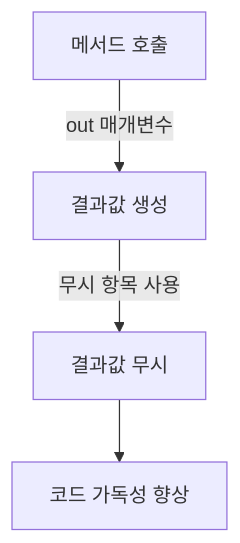
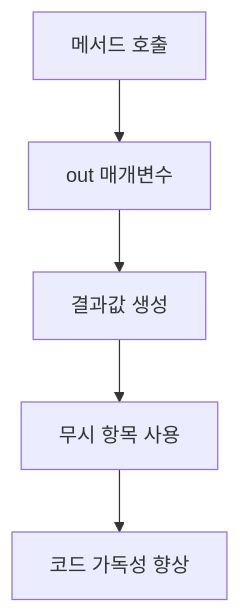
The seventh of 7 diagrams in content/post/2024/2024-10-16-csharp-discards/index.md (42jerrykim/42jerrykim.github.io), drawn with Mermaid before and after one commit. The commit also changed other lines of this file and 239 other files, not shown here.

````diff
--- a/content/post/2024/2024-10-16-csharp-discards/index.md
+++ b/content/post/2024/2024-10-16-csharp-discards/index.md
@@ -677,6 +435,12 @@
 ```mermaid
-graph TD;
-    A[메서드 호출] -->|out 매개변수| B[결과값 생성]
-    B -->|무시 항목 사용| C[결과값 무시]
-    C --> D[코드 가독성 향상]
+graph TD
+    MethodCall["메서드 호출"]
+    OutParam["out 매개변수"]
+    ResultCreated["결과값 생성"]
+    DiscardUse["무시 항목 사용"]
+    ReadabilityUp["코드 가독성 향상"]
+    MethodCall --> OutParam
+    OutParam --> ResultCreated
+    ResultCreated --> DiscardUse
+    DiscardUse --> ReadabilityUp
 ```
````
